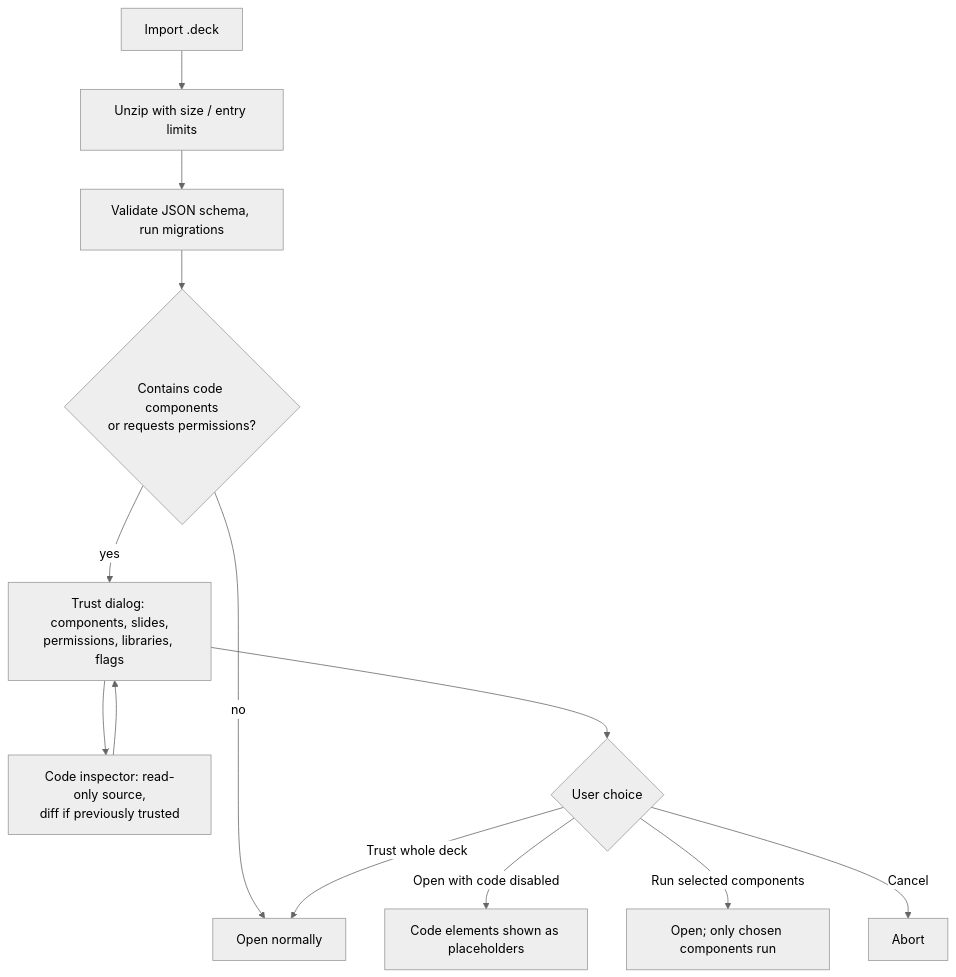
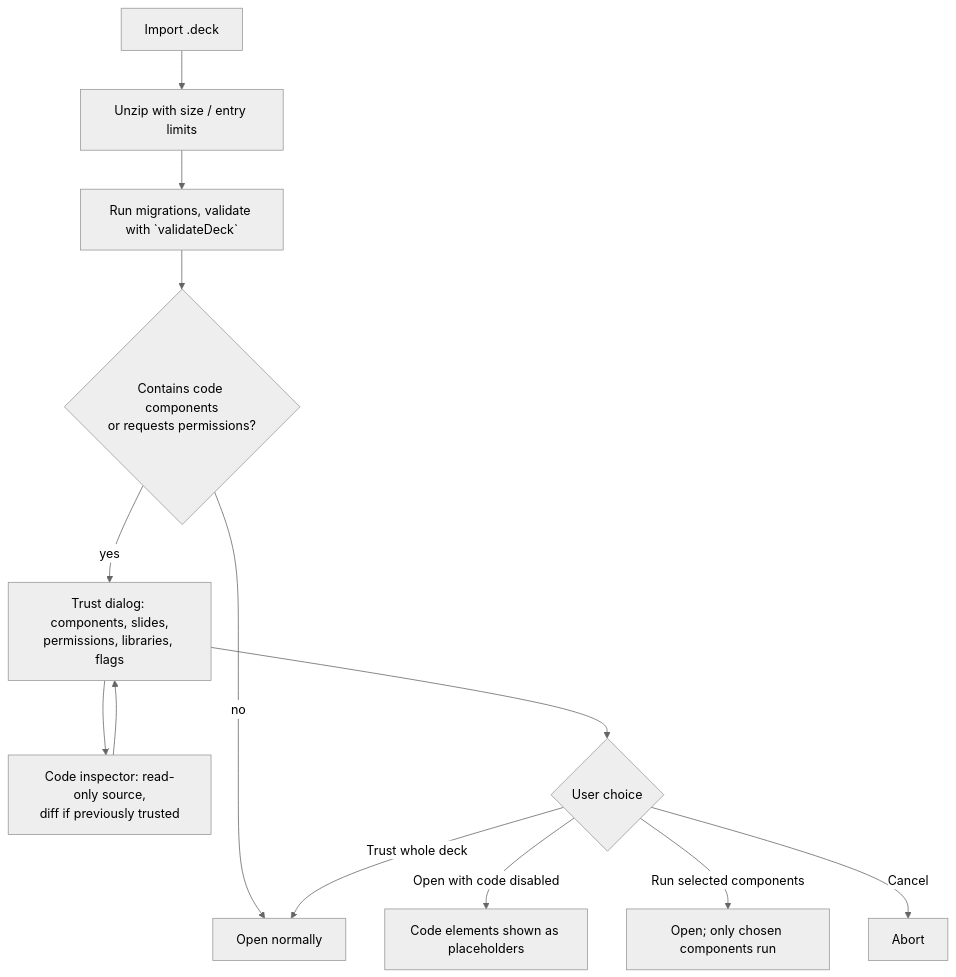
One commit to Gibb-y/decktech changed the fourth of 4 diagrams in docs/arc42/06-runtime-view.md. Above: the diagram before and after it, drawn with Mermaid (neutral theme). The commit also changed 10 other files, not shown here.

````diff
--- a/docs/arc42/06-runtime-view.md
+++ b/docs/arc42/06-runtime-view.md
@@ -85,15 +85,15 @@
 ```mermaid
 flowchart TD
     A[Import .deck] --> B[Unzip with size / entry limits]
-    B --> C[Validate JSON schema, run migrations]
+    B --> C[Run migrations, validate with `validateDeck`]
     C --> D{Contains code components<br/>or requests permissions?}
     D -- no --> G[Open normally]
     D -- yes --> E[Trust dialog: components, slides,<br/>permissions, libraries, flags]
     E --> I[Code inspector: read-only source,<br/>diff if previously trusted]
     I --> E
     E --> F{User choice}
     F -- Open with code disabled --> H[Code elements shown as placeholders]
     F -- Run selected components --> J[Open; only chosen components run]
     F -- Trust whole deck --> G
     F -- Cancel --> X[Abort]
 ```
````
